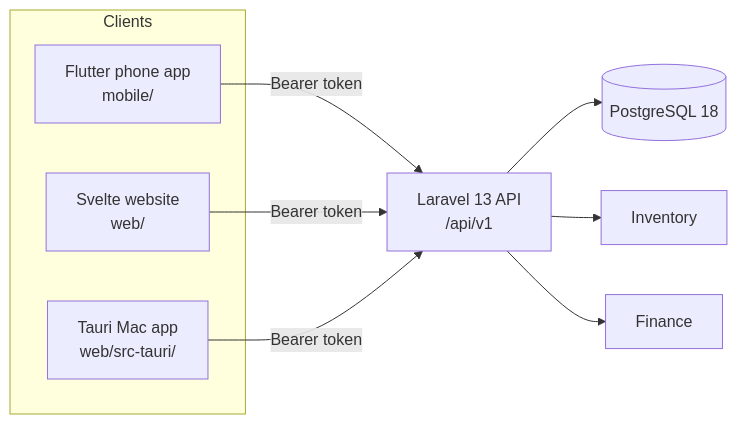
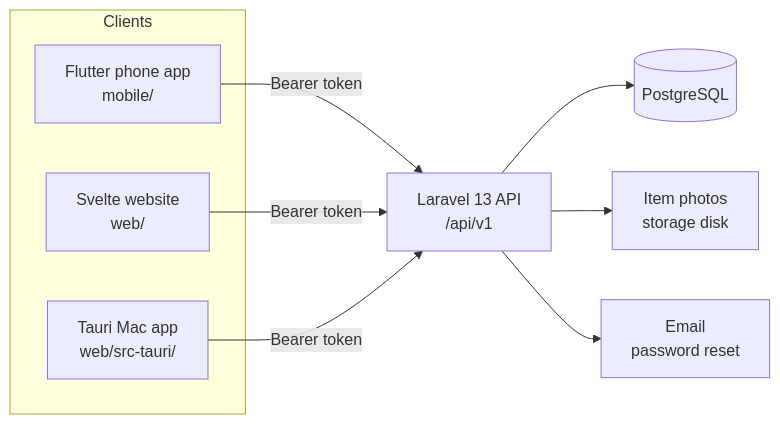
Before and after one commit to Saajonsayrest/pasal: the first of 16 diagrams in README.md, drawn with Mermaid. The commit also changed other lines of this file and 28 other files, not shown here.

First line of the commit message:
docs: README with screenshots, flow diagrams, data model and CI overview

````diff
--- a/README.md
+++ b/README.md
@@ -20,14 +94,14 @@
 ```mermaid
 flowchart LR
     subgraph Clients
-        P[Flutter phone app<br/>mobile/]
-        W[Svelte website<br/>web/]
-        M[Tauri Mac app<br/>web/src-tauri/]
+        P["Flutter phone app<br/>mobile/"]
+        W["Svelte website<br/>web/"]
+        M["Tauri Mac app<br/>web/src-tauri/"]
     end
-    P -->|Bearer token| API
-    W -->|Bearer token| API
-    M -->|Bearer token| API
-    API[Laravel 13 API<br/>/api/v1] --> DB[(PostgreSQL 18)]
-    API --> INV[Inventory]
-    API --> FIN[Finance]
+    P -->|"Bearer token"| API
+    W -->|"Bearer token"| API
+    M -->|"Bearer token"| API
+    API["Laravel 13 API<br/>/api/v1"] --> DB[("PostgreSQL")]
+    API --> FS["Item photos<br/>storage disk"]
+    API --> MAIL["Email<br/>password reset"]
 ```
````
